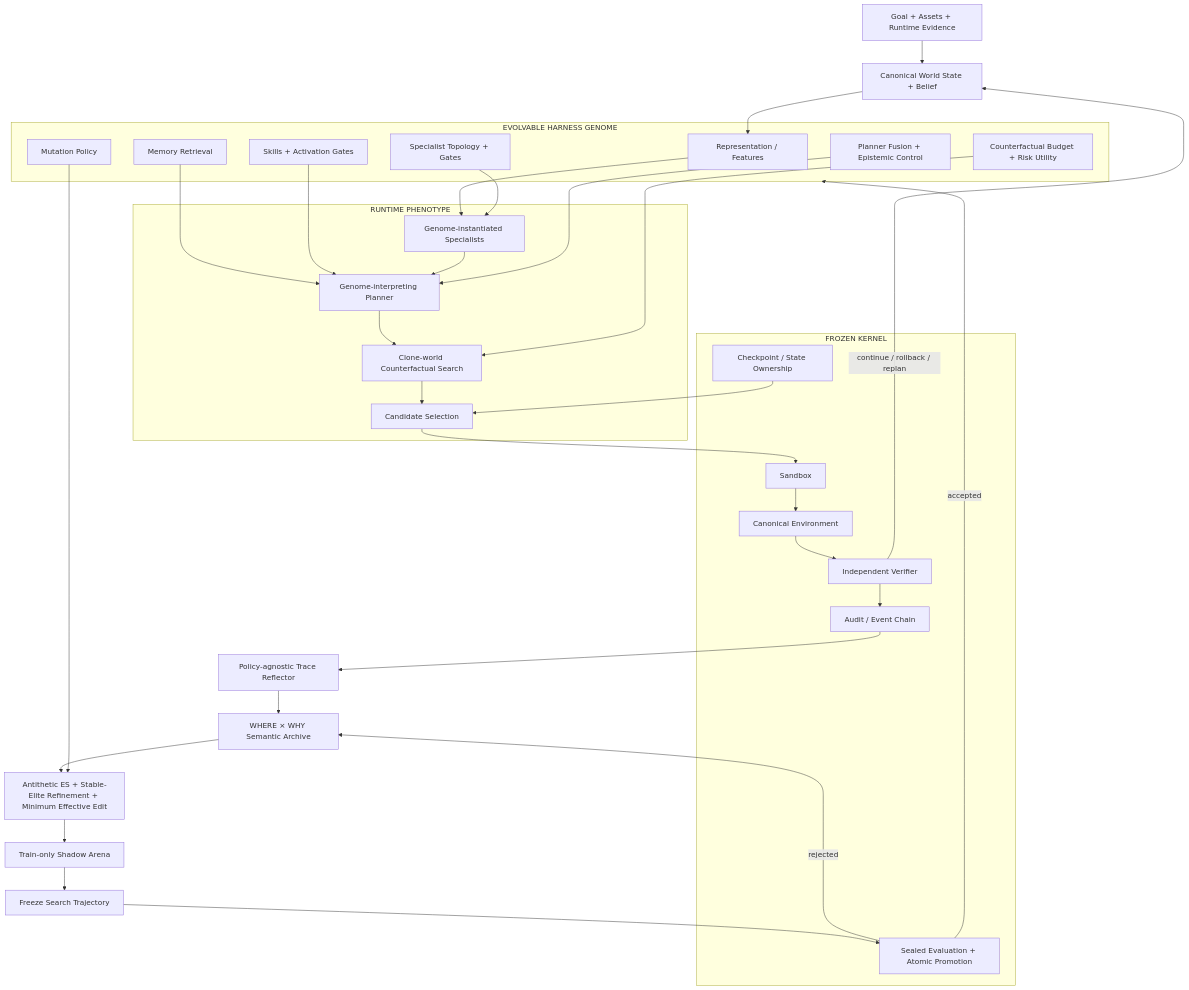
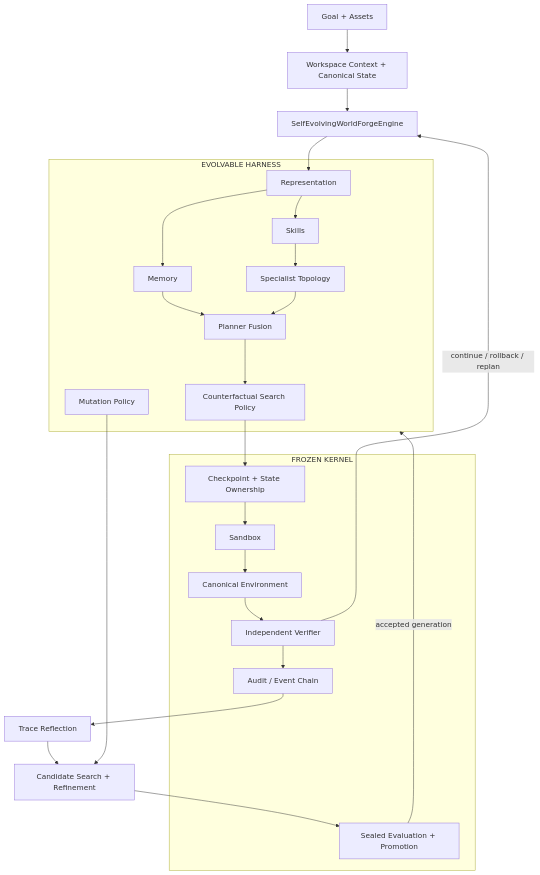
The first of 2 diagrams in README.md (jiaweine/lingjing-game-studio), drawn with Mermaid before and after one commit. The commit also changed other lines of this file, not shown here.

````diff
--- a/README.md
+++ b/README.md
@@ -39,55 +60,41 @@
 ```mermaid
 flowchart TB
-    INPUT["Goal + Assets + Runtime Evidence"] --> STATE["Canonical World State + Belief"]
+    INPUT["Goal + Assets"] --> CONTEXT["Workspace Context + Canonical State"]
+    CONTEXT --> ENGINE["SelfEvolvingWorldForgeEngine"]
 
-    subgraph GENOME["EVOLVABLE HARNESS GENOME"]
-        FEAT["Representation / Features"]
-        MEM["Memory Retrieval"]
-        SKILL["Skills + Activation Gates"]
-        TOPO["Specialist Topology + Gates"]
-        FUSION["Planner Fusion + Epistemic Control"]
-        SEARCH["Counterfactual Budget + Risk Utility"]
+    subgraph HARNESS["EVOLVABLE HARNESS"]
+        REP["Representation"]
+        SKILL["Skills"]
+        MEM["Memory"]
+        SPEC["Specialist Topology"]
+        PLAN["Planner Fusion"]
+        SEARCH["Counterfactual Search Policy"]
         MUT["Mutation Policy"]
     end
 
-    subgraph EXEC["RUNTIME PHENOTYPE"]
-        SPEC["Genome-instantiated Specialists"]
-        PLAN["Genome-interpreting Planner"]
-        BRANCH["Clone-world Counterfactual Search"]
-        CHOOSE["Candidate Selection"]
-    end
-
     subgraph KERNEL["FROZEN KERNEL"]
-        CHECK["Checkpoint / State Ownership"]
+        CHECK["Checkpoint + State Ownership"]
         SANDBOX["Sandbox"]
         CANON["Canonical Environment"]
         VERIFY["Independent Verifier"]
         EVENTS["Audit / Event Chain"]
-        PROMOTE["Sealed Evaluation + Atomic Promotion"]
+        PROMOTE["Sealed Evaluation + Promotion"]
     end
 
-    STATE --> FEAT
-    FEAT --> SPEC
+    ENGINE --> REP
+    REP --> SKILL
+    REP --> MEM
+    SKILL --> SPEC
     MEM --> PLAN
-    SKILL --> PLAN
-    TOPO --> SPEC
     SPEC --> PLAN
-    FUSION --> PLAN
-    PLAN --> BRANCH
-    SEARCH --> BRANCH
-    BRANCH --> CHOOSE
-    CHECK --> CHOOSE
-    CHOOSE --> SANDBOX --> CANON --> VERIFY
-    VERIFY --> EVENTS
-    VERIFY -->|continue / rollback / replan| STATE
+    PLAN --> SEARCH
+    SEARCH --> CHECK
+    CHECK --> SANDBOX --> CANON --> VERIFY --> EVENTS
+    VERIFY -->|continue / rollback / replan| ENGINE
 
-    EVENTS --> REFLECT["Policy-agnostic Trace Reflector"]
-    REFLECT --> QD["WHERE × WHY Semantic Archive"]
-    QD --> EVOLVE["Antithetic ES + Stable-Elite Refinement + Minimum Effective Edit"]
+    EVENTS --> REFLECT["Trace Reflection"]
+    REFLECT --> EVOLVE["Candidate Search + Refinement"]
     MUT --> EVOLVE
-    EVOLVE --> SHADOW["Train-only Shadow Arena"]
-    SHADOW --> FREEZE["Freeze Search Trajectory"]
-    FREEZE --> PROMOTE
-    PROMOTE -->|accepted| GENOME
-    PROMOTE -->|rejected| QD
+    EVOLVE --> PROMOTE
+    PROMOTE -->|accepted generation| HARNESS
 ```
````
